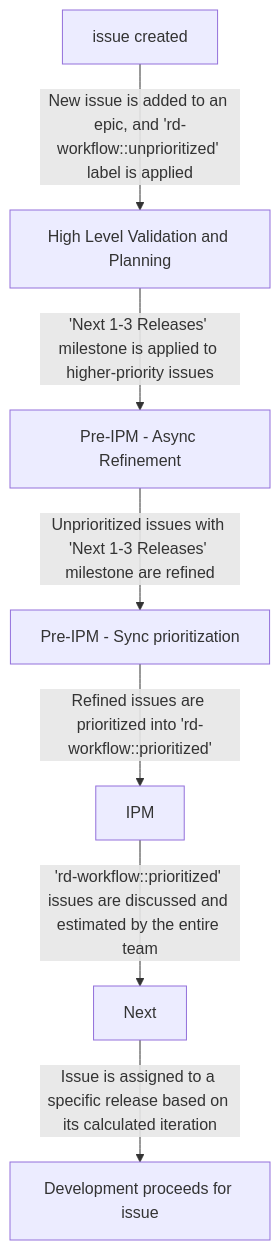
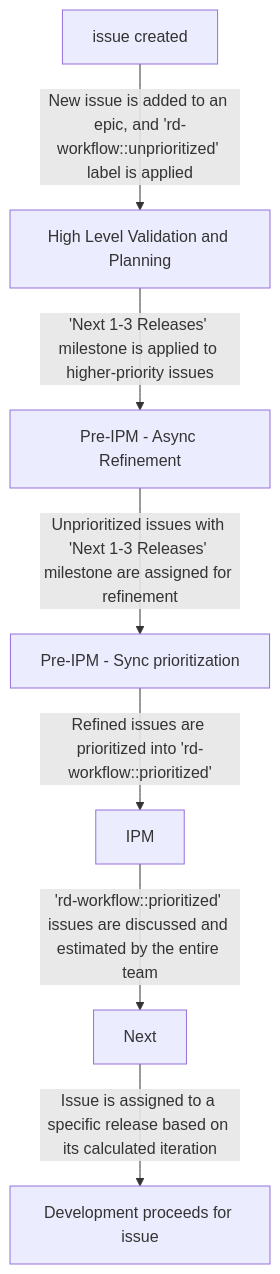
The diagram in content/handbook/engineering/development/dev/create/ide/_index.md (moliver28/research-handbook), drawn with Mermaid before and after one commit. The commit also changed other lines of this file, not shown here.

````diff
--- a/content/handbook/engineering/development/dev/create/ide/_index.md
+++ b/content/handbook/engineering/development/dev/create/ide/_index.md
@@ -177,9 +182,9 @@
 ```mermaid
 graph TD;
   S[issue created] -->|New issue is added to an epic, and 'rd-workflow::unprioritized' label is applied| V[High Level Validation and Planning]
   V -->|'Next 1-3 Releases' milestone is applied to higher-priority issues| R[Pre-IPM - Async Refinement]
-  R -->|Unprioritized issues with 'Next 1-3 Releases' milestone are refined| P[Pre-IPM - Sync prioritization]
+  R -->|Unprioritized issues with 'Next 1-3 Releases' milestone are assigned for refinement| P[Pre-IPM - Sync prioritization]
   P -->|Refined issues are prioritized into 'rd-workflow::prioritized'| I[IPM]
   I -->|'rd-workflow::prioritized' issues are discussed and estimated by the entire team| N[Next]
   N -->|Issue is assigned to a specific release based on its calculated iteration| E[Development proceeds for issue]
 ```
````
